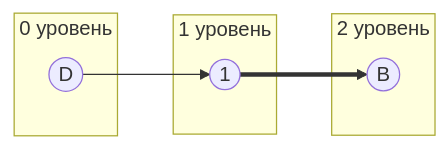
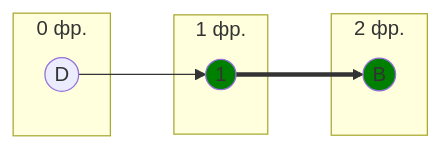
The fourth of 14 diagrams in Задание 8/task8.md (algos-ris-24-3/manual-tasks), drawn with Mermaid before and after one commit. The commit also changed other lines of this file, not shown here.

````diff
--- a/Задание 8/task8.md
+++ b/Задание 8/task8.md
@@ -174,14 +177,16 @@
 ```mermaid
 graph LR
-    subgraph "0 уровень"
+    subgraph "0 фр."
         D((D))
     end
-    subgraph "1 уровень"
-        n1((1))
+    subgraph "1 фр."
+        1((1))
     end
-    subgraph "2 уровень"
+    subgraph "2 фр."
         B((B))
     end
+    D --> 1 ==> B
 
-    D --> n1 ==> B
+    style 1 fill:#008000
+    style B fill:#008000
 ```
````
